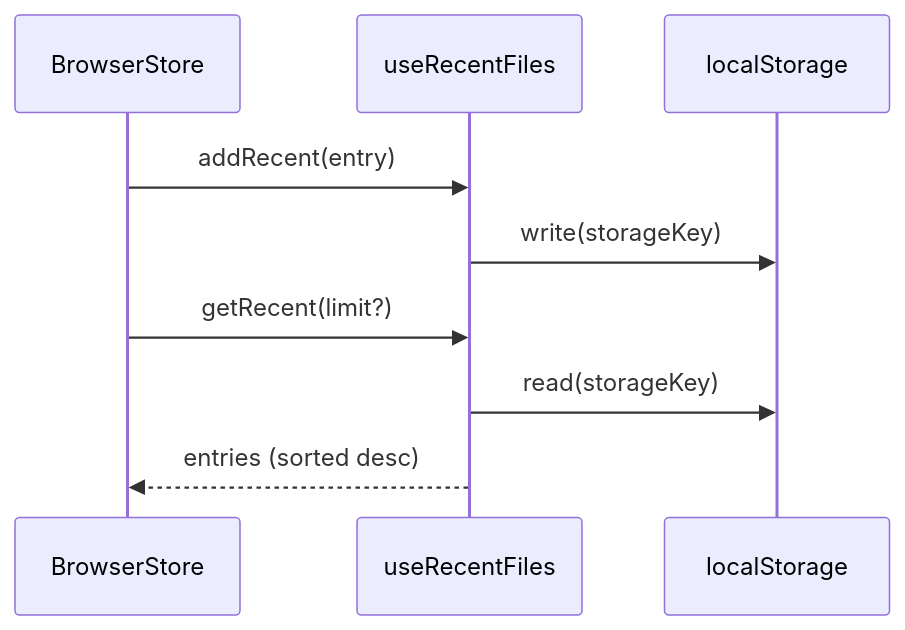
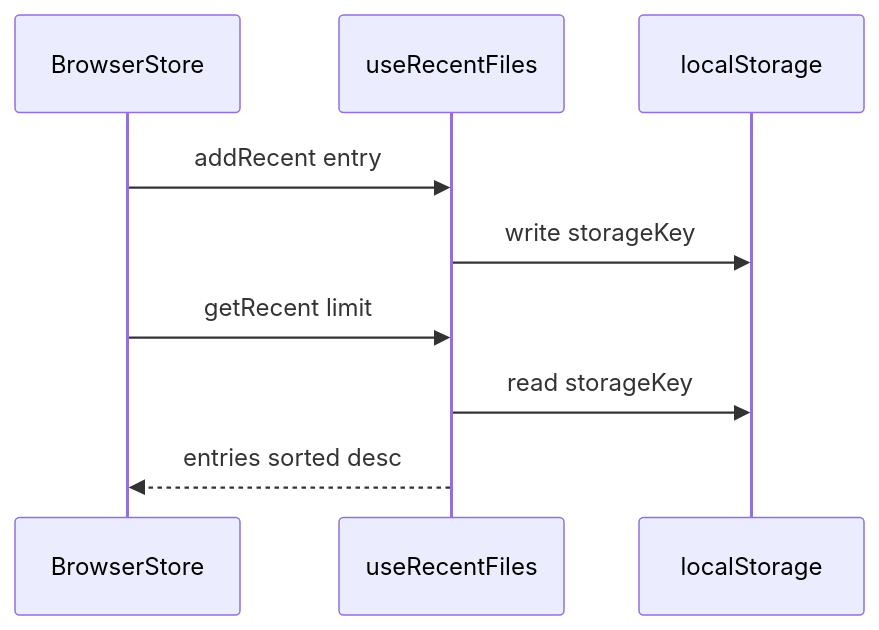
Before and after one commit to MarkusTratschitt/Drumcomputer: the diagram in diagrams/recent-files.md, drawn with Mermaid. The commit also changed 9 other files, not shown here.

Commit message:
feat: update mermaid diagrams for improved clarity and consistency in function calls

````diff
--- a/diagrams/recent-files.md
+++ b/diagrams/recent-files.md
@@ -3,13 +3,13 @@
 ```mermaid
 sequenceDiagram
     participant Browser as BrowserStore
     participant Recent as useRecentFiles
     participant Storage as localStorage
 
-    Browser->>Recent: addRecent(entry)
-    Recent->>Storage: write(storageKey)
+    Browser->>Recent: addRecent entry
+    Recent->>Storage: write storageKey
 
-    Browser->>Recent: getRecent(limit?)
-    Recent->>Storage: read(storageKey)
-    Recent-->>Browser: entries (sorted desc)
+    Browser->>Recent: getRecent limit
+    Recent->>Storage: read storageKey
+    Recent-->>Browser: entries sorted desc
 ```
````
